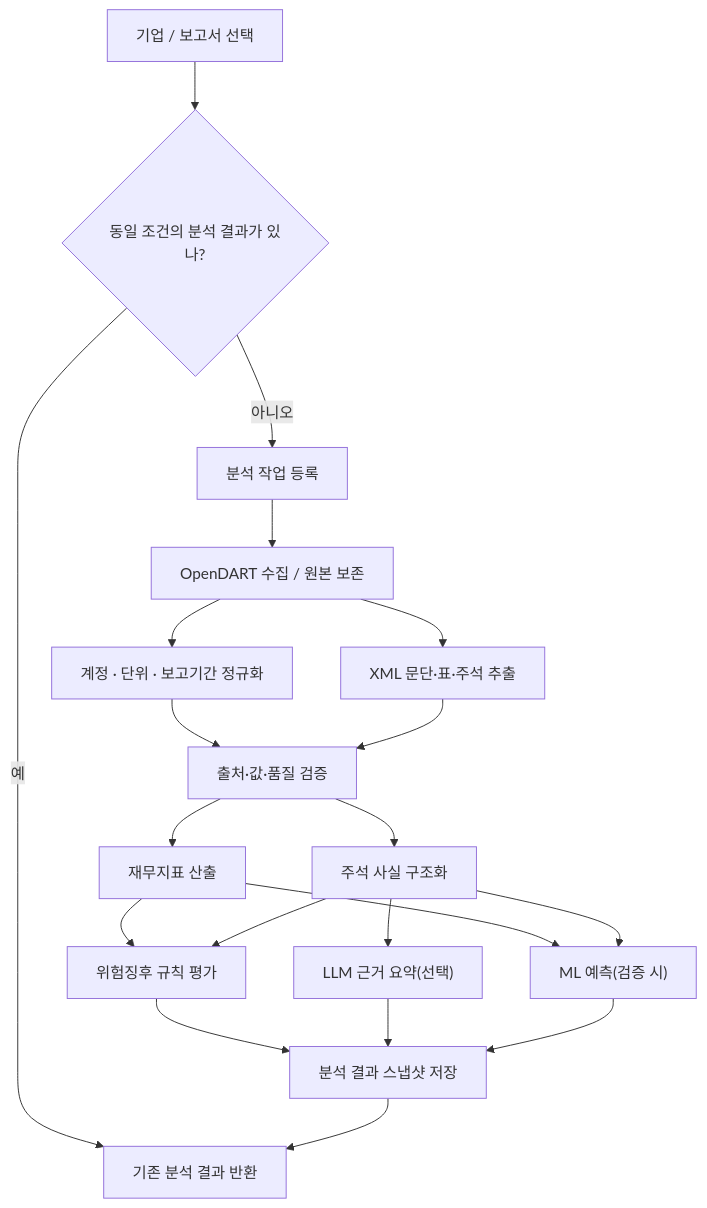
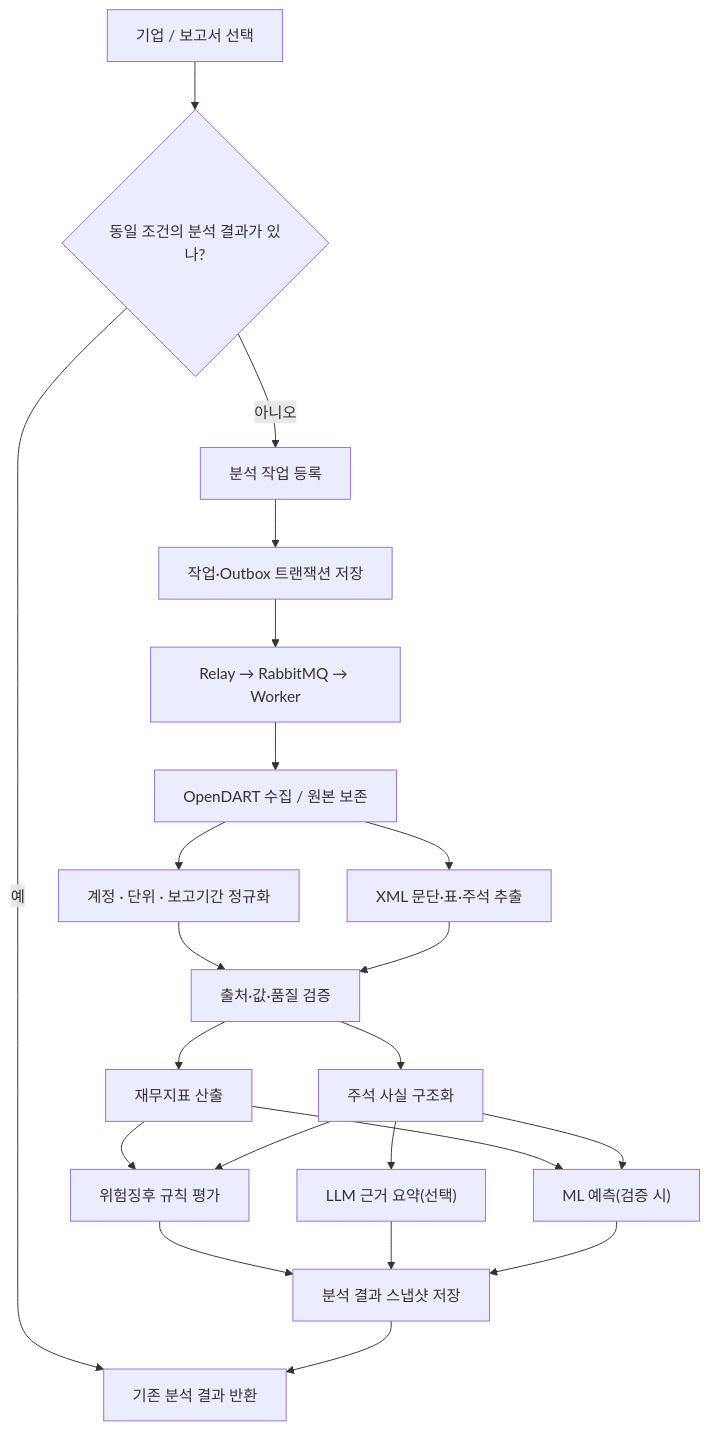
The fourth of 4 diagrams in LoanSight_AI_Architecture_v0.3.md (loansight-ai/code), drawn with Mermaid before and after one commit. The commit also changed other lines of this file and 1 other file, not shown here.

````diff
--- a/LoanSight_AI_Architecture_v0.3.md
+++ b/LoanSight_AI_Architecture_v0.3.md
@@ -335,22 +395,24 @@
 ```mermaid
 flowchart TD
     START["기업 / 보고서 선택"] --> CHECK{"동일 조건의 분석 결과가 있나?"}
     CHECK -->|예| READY["기존 분석 결과 반환"]
     CHECK -->|아니오| JOB["분석 작업 등록"]
-    JOB --> RAW["OpenDART 수집 / 원본 보존"]
+    JOB --> OUTBOX["작업·Outbox 트랜잭션 저장"]
+    OUTBOX --> MQ["Relay → RabbitMQ → Worker"]
+    MQ --> RAW["OpenDART 수집 / 원본 보존"]
     RAW --> NORMAL["계정 · 단위 · 보고기간 정규화"]
     RAW --> NOTE["XML 문단·표·주석 추출"]
     NORMAL --> VALID["출처·값·품질 검증"]
     NOTE --> VALID
     VALID --> METRIC["재무지표 산출"]
     VALID --> EVIDENCE["주석 사실 구조화"]
     METRIC --> RULE["위험징후 규칙 평가"]
     EVIDENCE --> RULE
     EVIDENCE --> SUMMARY["LLM 근거 요약(선택)"]
     METRIC --> PREDICT["ML 예측(검증 시)"]
     EVIDENCE --> PREDICT
     RULE --> SAVE["분석 결과 스냅샷 저장"]
     SUMMARY --> SAVE
     PREDICT --> SAVE
     SAVE --> READY
 ```
````
